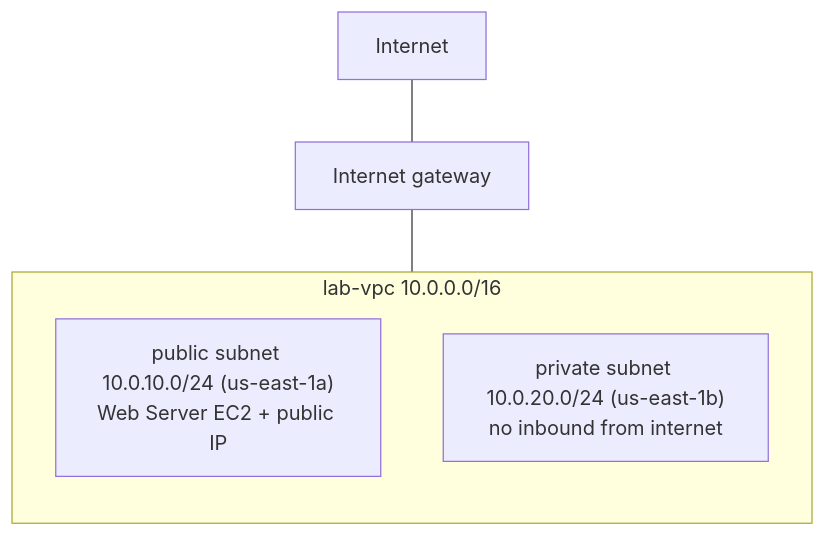
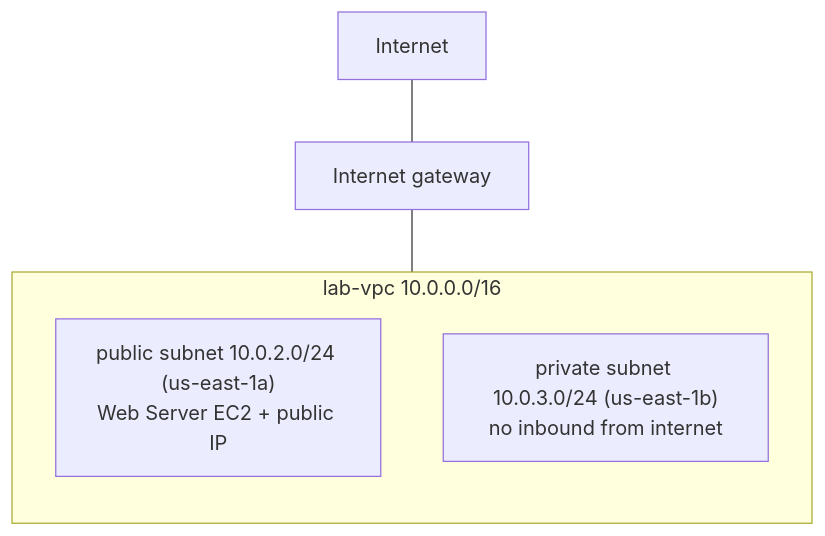
Before and after one commit to Duresa7/Labs: the diagram in projects/01-aws-custom-vpc-and-web-server/README.md, drawn with Mermaid. The commit also changed other lines of this file and 6 other files, not shown here.

````diff
--- a/projects/01-aws-custom-vpc-and-web-server/README.md
+++ b/projects/01-aws-custom-vpc-and-web-server/README.md
@@ -7,13 +7,13 @@
 ```mermaid
 flowchart TD
     NET["Internet"]
     IGW["Internet gateway"]
     subgraph vpc["lab-vpc  10.0.0.0/16"]
         direction TB
-        PUB["public subnet 10.0.10.0/24 (us-east-1a)<br/>Web Server EC2 + public IP"]
-        PRIV["private subnet 10.0.20.0/24 (us-east-1b)<br/>no inbound from internet"]
+        PUB["public subnet 10.0.2.0/24 (us-east-1a)<br/>Web Server EC2 + public IP"]
+        PRIV["private subnet 10.0.3.0/24 (us-east-1b)<br/>no inbound from internet"]
     end
 
     NET --- IGW
     IGW --- PUB
 ```
````
